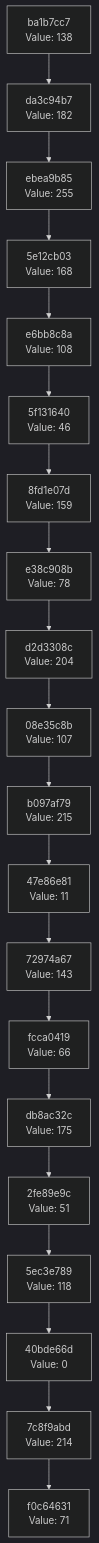
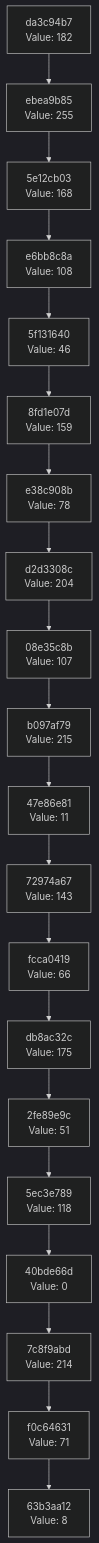
Before and after one commit to Abhisheksinha1506/hash-chain-evolver: the diagram in docs/CHAIN_VISUALIZATION.md, drawn with Mermaid (dark theme). The commit also changed 3 other files, not shown here.

````diff
--- a/docs/CHAIN_VISUALIZATION.md
+++ b/docs/CHAIN_VISUALIZATION.md
@@ -3,42 +3,42 @@
 ```mermaid
 graph TD
-    C0["f0c64631<br/>Value: 71"]
-    C1["7c8f9abd<br/>Value: 214"]
+    C0["63b3aa12<br/>Value: 8"]
+    C1["f0c64631<br/>Value: 71"]
     C1 --> C0
-    C2["40bde66d<br/>Value: 0"]
+    C2["7c8f9abd<br/>Value: 214"]
     C2 --> C1
-    C3["5ec3e789<br/>Value: 118"]
+    C3["40bde66d<br/>Value: 0"]
     C3 --> C2
-    C4["2fe89e9c<br/>Value: 51"]
+    C4["5ec3e789<br/>Value: 118"]
     C4 --> C3
-    C5["db8ac32c<br/>Value: 175"]
+    C5["2fe89e9c<br/>Value: 51"]
     C5 --> C4
-    C6["fcca0419<br/>Value: 66"]
+    C6["db8ac32c<br/>Value: 175"]
     C6 --> C5
-    C7["72974a67<br/>Value: 143"]
+    C7["fcca0419<br/>Value: 66"]
     C7 --> C6
-    C8["47e86e81<br/>Value: 11"]
+    C8["72974a67<br/>Value: 143"]
     C8 --> C7
-    C9["b097af79<br/>Value: 215"]
+    C9["47e86e81<br/>Value: 11"]
     C9 --> C8
-    C10["08e35c8b<br/>Value: 107"]
+    C10["b097af79<br/>Value: 215"]
     C10 --> C9
-    C11["d2d3308c<br/>Value: 204"]
+    C11["08e35c8b<br/>Value: 107"]
     C11 --> C10
-    C12["e38c908b<br/>Value: 78"]
+    C12["d2d3308c<br/>Value: 204"]
     C12 --> C11
-    C13["8fd1e07d<br/>Value: 159"]
+    C13["e38c908b<br/>Value: 78"]
     C13 --> C12
-    C14["5f131640<br/>Value: 46"]
+    C14["8fd1e07d<br/>Value: 159"]
     C14 --> C13
-    C15["e6bb8c8a<br/>Value: 108"]
+    C15["5f131640<br/>Value: 46"]
     C15 --> C14
-    C16["5e12cb03<br/>Value: 168"]
+    C16["e6bb8c8a<br/>Value: 108"]
     C16 --> C15
-    C17["ebea9b85<br/>Value: 255"]
+    C17["5e12cb03<br/>Value: 168"]
     C17 --> C16
-    C18["da3c94b7<br/>Value: 182"]
+    C18["ebea9b85<br/>Value: 255"]
     C18 --> C17
-    C19["ba1b7cc7<br/>Value: 138"]
+    C19["da3c94b7<br/>Value: 182"]
     C19 --> C18
 ```
````
